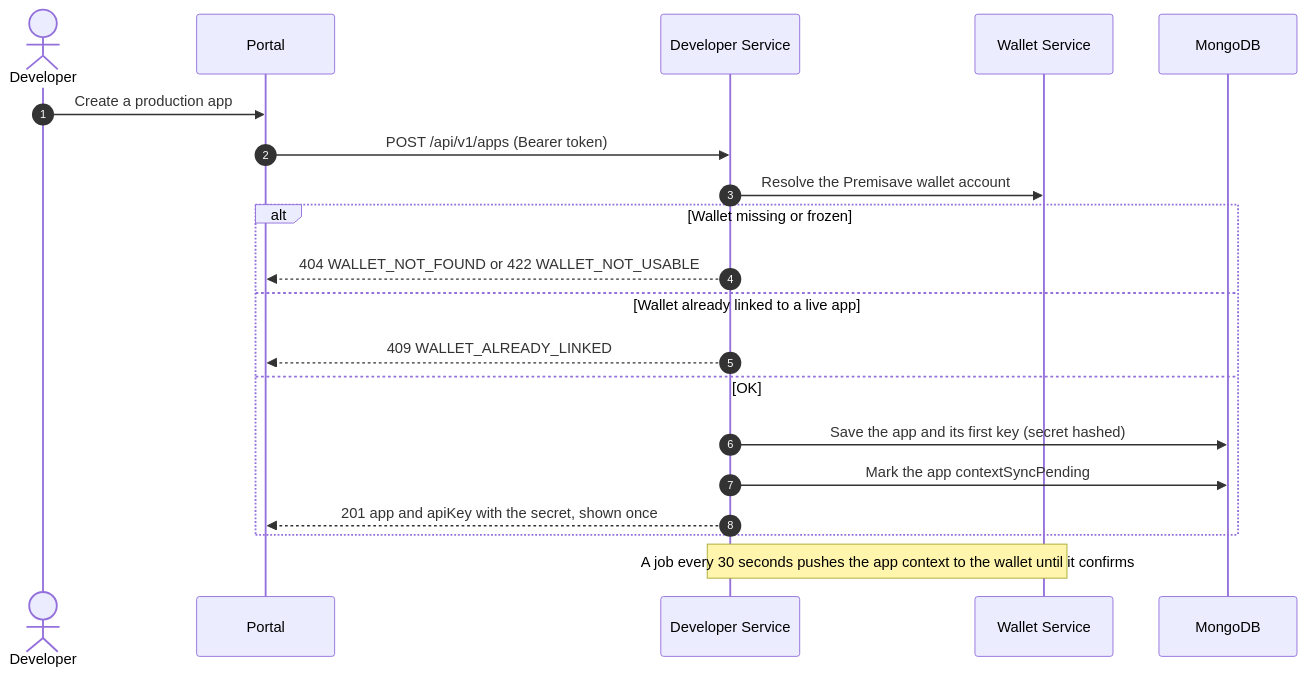
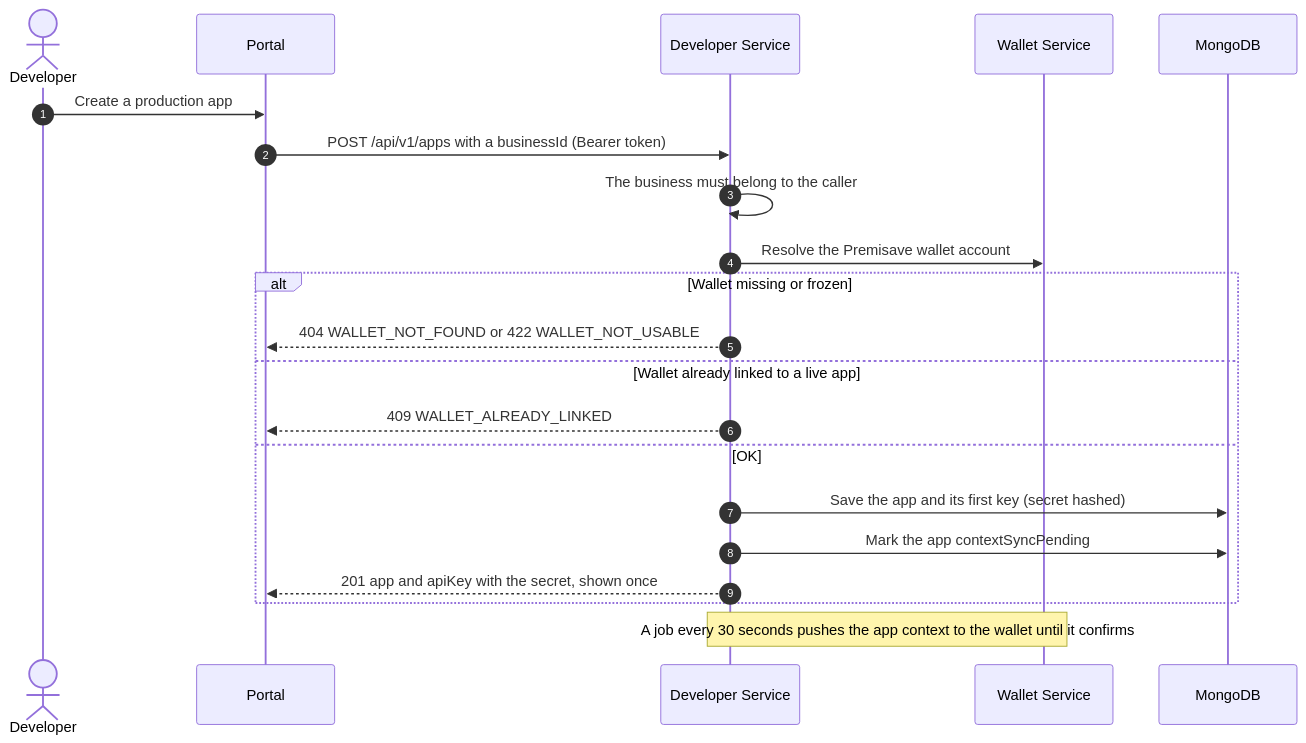
The eighth of 10 diagrams in README.md (peacemakerbill/premisave-developer-service), drawn with Mermaid before and after one commit. The commit also changed other lines of this file and 77 other files, not shown here.

````diff
--- a/README.md
+++ b/README.md
@@ -334,23 +378,24 @@
 ```mermaid
 sequenceDiagram
     autonumber
     actor D as Developer
     participant P as Portal
     participant S as Developer Service
     participant W as Wallet Service
     participant M as MongoDB
 
     D->>P: Create a production app
-    P->>S: POST /api/v1/apps (Bearer token)
+    P->>S: POST /api/v1/apps with a businessId (Bearer token)
+    S->>S: The business must belong to the caller
     S->>W: Resolve the Premisave wallet account
     alt Wallet missing or frozen
         S-->>P: 404 WALLET_NOT_FOUND or 422 WALLET_NOT_USABLE
     else Wallet already linked to a live app
         S-->>P: 409 WALLET_ALREADY_LINKED
     else OK
         S->>M: Save the app and its first key (secret hashed)
         S->>M: Mark the app contextSyncPending
         S-->>P: 201 app and apiKey with the secret, shown once
     end
     Note over S,W: A job every 30 seconds pushes the app context to the wallet until it confirms
 ```
````
